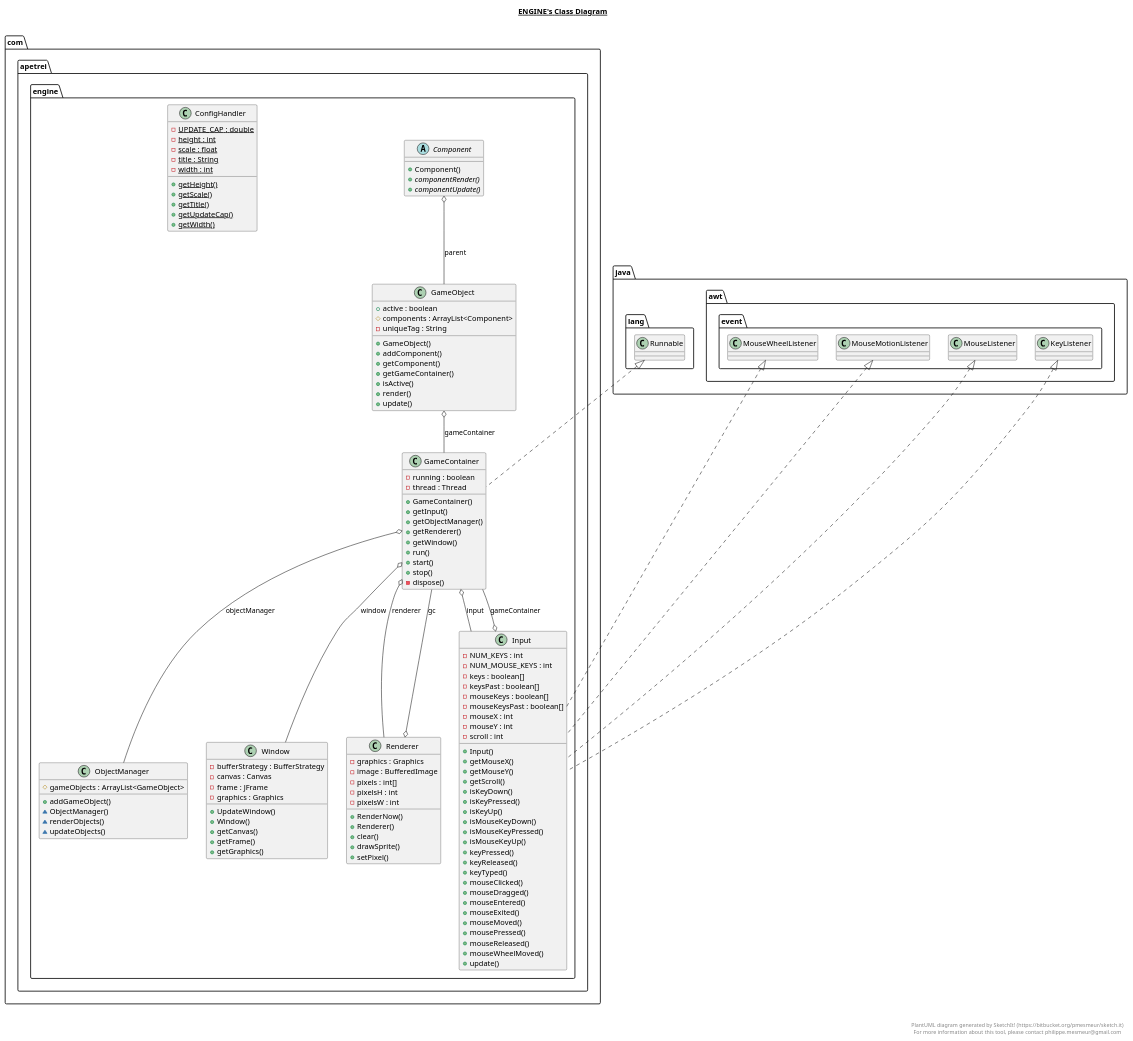
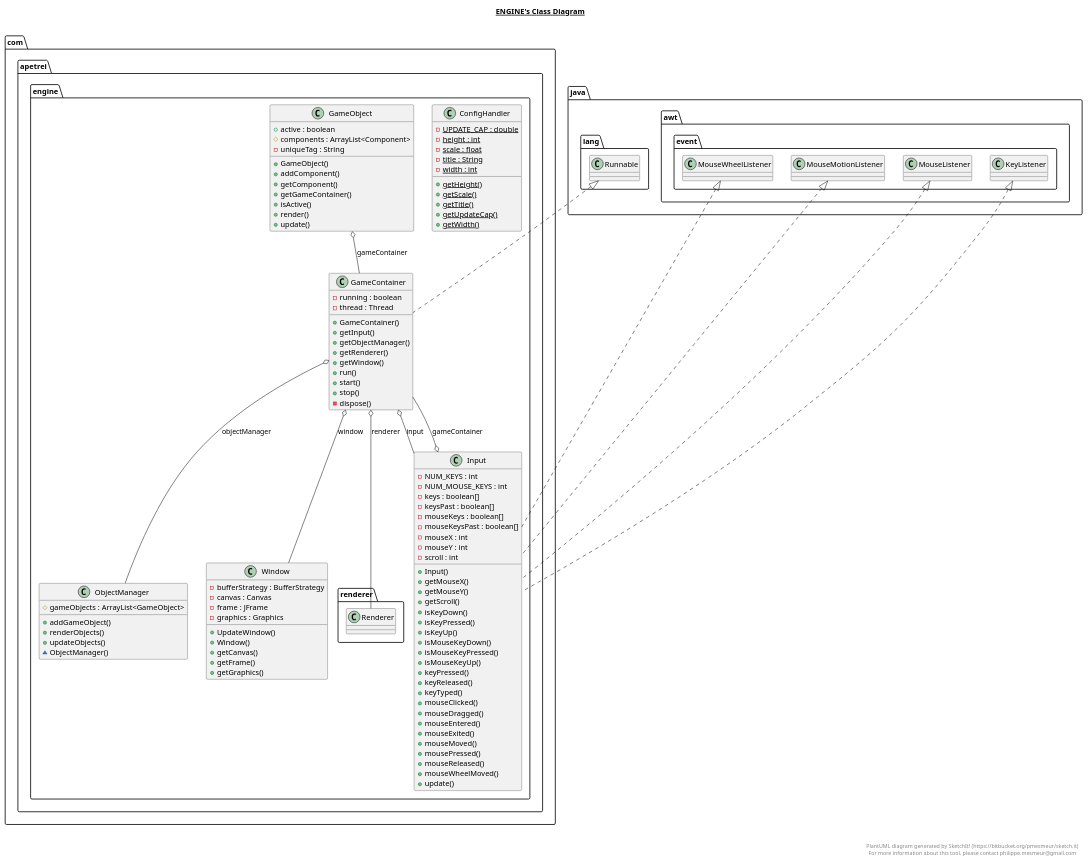
Before and after one commit to TheWiseWolfy/Wild-Sky: the diagram in src/com/apetrei/engine/engine.plantuml, drawn with PlantUML. The commit also changed 54 other files, not shown here.

```diff
--- a/src/com/apetrei/engine/engine.plantuml
+++ b/src/com/apetrei/engine/engine.plantuml
@@ -1,164 +1,137 @@
 @startuml
 
 title __ENGINE's Class Diagram__\n
-
-  namespace com.apetrei.engine {
-    abstract class com.apetrei.engine.Component {
-        + Component()
-        {abstract} + componentRender()
-        {abstract} + componentUpdate()
-    }
-  }
-  
 
   namespace com.apetrei.engine {
     class com.apetrei.engine.ConfigHandler {
         {static} - UPDATE_CAP : double
         {static} - height : int
         {static} - scale : float
         {static} - title : String
         {static} - width : int
         {static} + getHeight()
         {static} + getScale()
         {static} + getTitle()
         {static} + getUpdateCap()
         {static} + getWidth()
     }
   }
   
 
   namespace com.apetrei.engine {
     class com.apetrei.engine.GameContainer {
         - running : boolean
         - thread : Thread
         + GameContainer()
         + getInput()
         + getObjectManager()
         + getRenderer()
         + getWindow()
         + run()
         + start()
         + stop()
         - dispose()
     }
   }
   
 
   namespace com.apetrei.engine {
     class com.apetrei.engine.GameObject {
         + active : boolean
         # components : ArrayList<Component>
         - uniqueTag : String
         + GameObject()
         + addComponent()
         + getComponent()
         + getGameContainer()
         + isActive()
         + render()
         + update()
     }
   }
   
 
   namespace com.apetrei.engine {
     class com.apetrei.engine.Input {
         - NUM_KEYS : int
         - NUM_MOUSE_KEYS : int
         - keys : boolean[]
         - keysPast : boolean[]
         - mouseKeys : boolean[]
         - mouseKeysPast : boolean[]
         - mouseX : int
         - mouseY : int
         - scroll : int
         + Input()
         + getMouseX()
         + getMouseY()
         + getScroll()
         + isKeyDown()
         + isKeyPressed()
         + isKeyUp()
         + isMouseKeyDown()
         + isMouseKeyPressed()
         + isMouseKeyUp()
         + keyPressed()
         + keyReleased()
         + keyTyped()
         + mouseClicked()
         + mouseDragged()
         + mouseEntered()
         + mouseExited()
         + mouseMoved()
         + mousePressed()
         + mouseReleased()
         + mouseWheelMoved()
         + update()
     }
   }
   
 
   namespace com.apetrei.engine {
     class com.apetrei.engine.ObjectManager {
         # gameObjects : ArrayList<GameObject>
         + addGameObject()
+        + renderObjects()
+        + updateObjects()
         ~ ObjectManager()
-        ~ renderObjects()
-        ~ updateObjects()
-    }
-  }
-  
-
-  namespace com.apetrei.engine {
-    class com.apetrei.engine.Renderer {
-        - graphics : Graphics
-        - image : BufferedImage
-        - pixels : int[]
-        - pixelsH : int
-        - pixelsW : int
-        + RenderNow()
-        + Renderer()
-        + clear()
-        + drawSprite()
-        + setPixel()
     }
   }
   
 
   namespace com.apetrei.engine {
     class com.apetrei.engine.Window {
         - bufferStrategy : BufferStrategy
         - canvas : Canvas
         - frame : JFrame
         - graphics : Graphics
         + UpdateWindow()
         + Window()
         + getCanvas()
         + getFrame()
         + getGraphics()
     }
   }
   
 
-  com.apetrei.engine.Component o-- com.apetrei.engine.GameObject : parent
   com.apetrei.engine.GameContainer .up.|> java.lang.Runnable
   com.apetrei.engine.GameContainer o-- com.apetrei.engine.Input : input
   com.apetrei.engine.GameContainer o-- com.apetrei.engine.ObjectManager : objectManager
-  com.apetrei.engine.GameContainer o-- com.apetrei.engine.Renderer : renderer
+  com.apetrei.engine.GameContainer o-- com.apetrei.engine.renderer.Renderer : renderer
   com.apetrei.engine.GameContainer o-- com.apetrei.engine.Window : window
   com.apetrei.engine.GameObject o-- com.apetrei.engine.GameContainer : gameContainer
   com.apetrei.engine.Input .up.|> java.awt.event.KeyListener
   com.apetrei.engine.Input .up.|> java.awt.event.MouseListener
   com.apetrei.engine.Input .up.|> java.awt.event.MouseMotionListener
   com.apetrei.engine.Input .up.|> java.awt.event.MouseWheelListener
   com.apetrei.engine.Input o-- com.apetrei.engine.GameContainer : gameContainer
-  com.apetrei.engine.Renderer o-- com.apetrei.engine.GameContainer : gc
 
 
 right footer
 
 
 PlantUML diagram generated by SketchIt! (https://bitbucket.org/pmesmeur/sketch.it)
 For more information about this tool, please contact philippe.mesmeur@gmail.com
 endfooter
 
 @enduml
```
